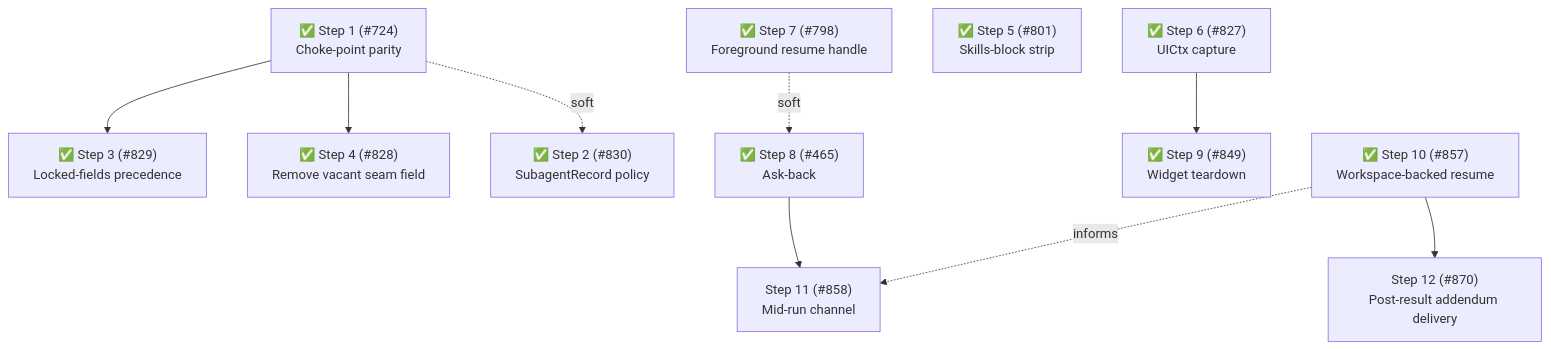
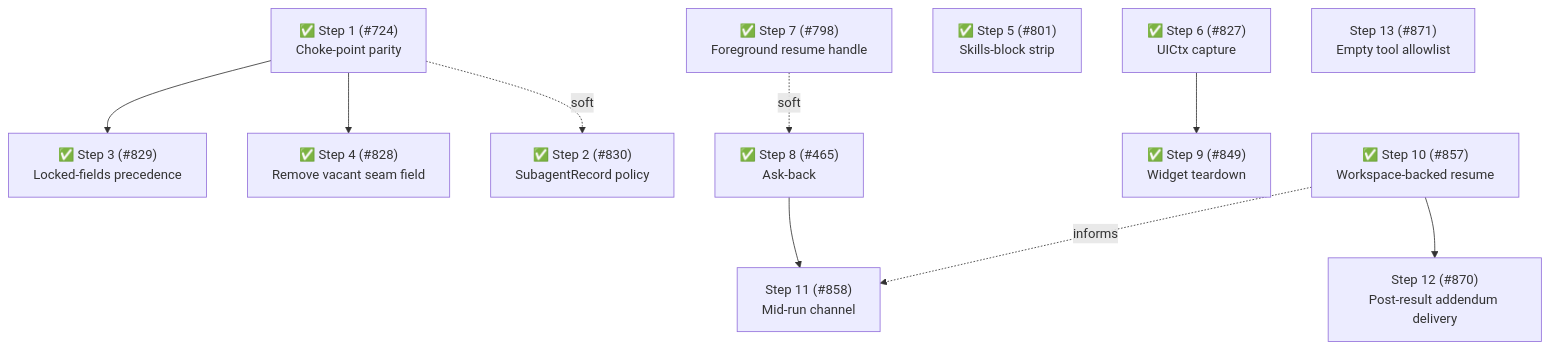
Before and after one commit to gotgenes/pi-packages: the sixth of 6 diagrams in packages/pi-subagents/docs/architecture/architecture.md, drawn with Mermaid. The commit also changed other lines of this file, not shown here.

````diff
--- a/packages/pi-subagents/docs/architecture/architecture.md
+++ b/packages/pi-subagents/docs/architecture/architecture.md
@@ -1066,12 +1083,13 @@
 ```mermaid
 flowchart TD
     S1["✅ Step 1 (#724)<br/>Choke-point parity"] --> S3["✅ Step 3 (#829)<br/>Locked-fields precedence"]
     S1 --> S4["✅ Step 4 (#828)<br/>Remove vacant seam field"]
     S1 -.soft.-> S2["✅ Step 2 (#830)<br/>SubagentRecord policy"]
     S7["✅ Step 7 (#798)<br/>Foreground resume handle"] -.soft.-> S8["✅ Step 8 (#465)<br/>Ask-back"]
     S5["✅ Step 5 (#801)<br/>Skills-block strip"]
     S6["✅ Step 6 (#827)<br/>UICtx capture"] --> S9["✅ Step 9 (#849)<br/>Widget teardown"]
     S8 --> S11["Step 11 (#858)<br/>Mid-run channel"]
     S10["✅ Step 10 (#857)<br/>Workspace-backed resume"] -.informs.-> S11
     S10 --> S12["Step 12 (#870)<br/>Post-result addendum delivery"]
+    S13["Step 13 (#871)<br/>Empty tool allowlist"]
 ```
````
